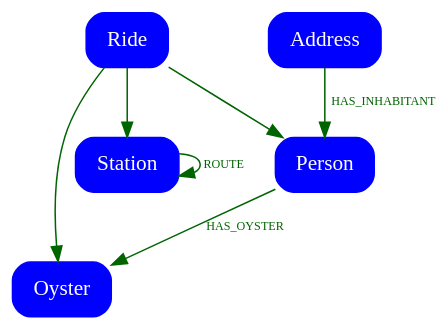
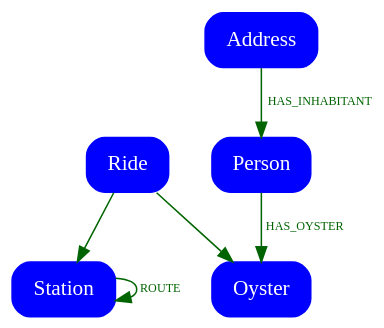
One commit to maguec/TransitFraudDemo changed the diagram in docs/graph.dot. Above: the diagram before and after it, drawn with Graphviz. The commit also changed 1 other file, not shown here.

Commit message:
fix relationship graph

```diff
--- a/docs/graph.dot
+++ b/docs/graph.dot
@@ -1,19 +1,18 @@
 digraph diag {
   node [shape=Mrecord, color=Blue, fillcolor=Blue, style=filled, fontcolor=white];
   edge [fontcolor=darkgreen, color=darkgreen,fontsize=8];
   bgcolor=transparent;
   nodesep=0.2;
 
   Person [label="Person"];
   Address [label="Address"];
   Oyster [label="Oyster"];
   Station [label="Station"];
   Ride [label="Ride"];
 
   Person -> Oyster [label=HAS_OYSTER];
   Address -> Person [label=HAS_INHABITANT];
   Station -> Station [label=ROUTE];
   Ride -> Oyster;
-  Ride -> Person;
   Ride -> Station;
 }
```
